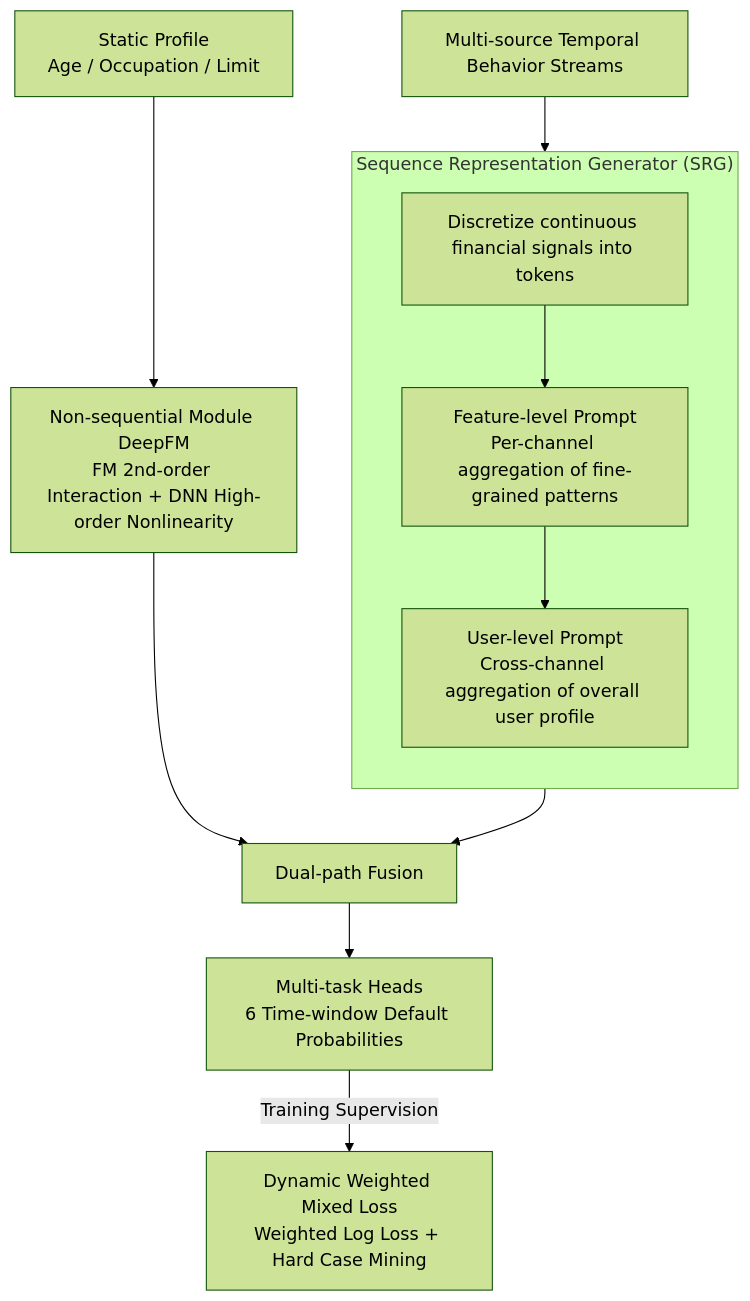
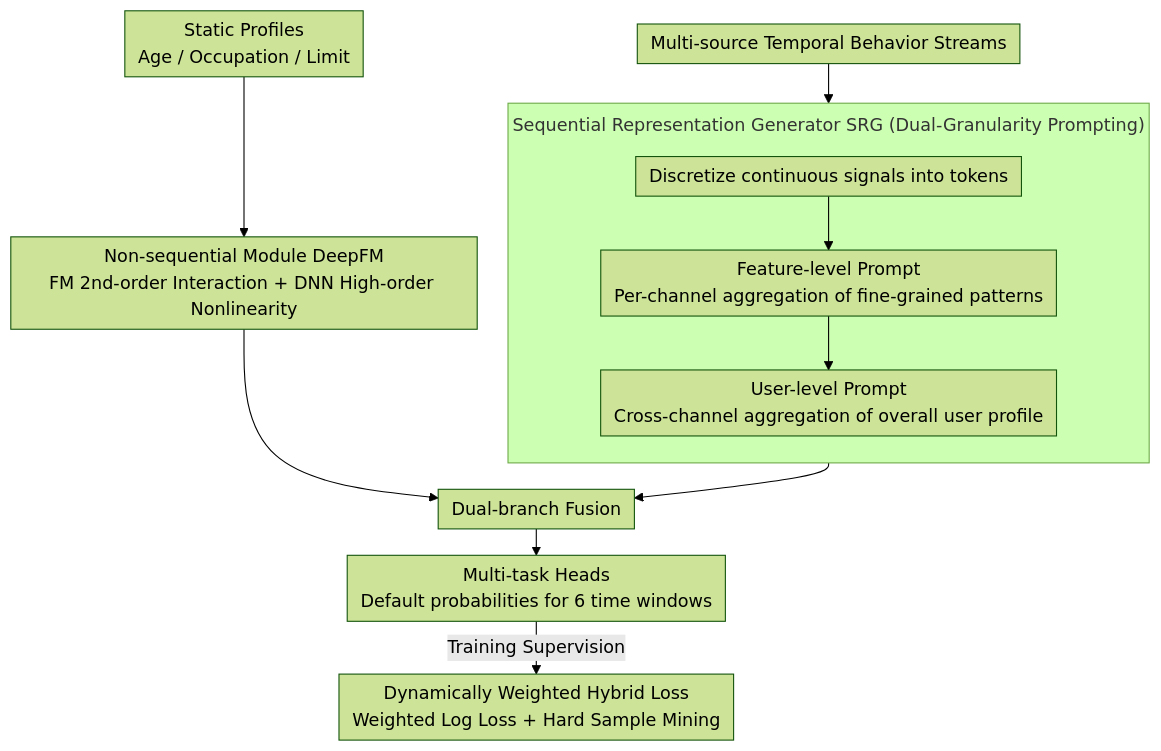
One commit to zhaoyang97/Paper-Notes-en changed the diagram in docs/ACL2026/time_series/a_unified_framework_for_modeling_heterogeneous_financial_data_via_dual-granulari.md. Above: the diagram before and after it, drawn with Mermaid (forest theme). The commit also changed other lines of this file and 5084 other files, not shown here.

````diff
--- a/docs/ACL2026/time_series/a_unified_framework_for_modeling_heterogeneous_financial_data_via_dual-granulari.md
+++ b/docs/ACL2026/time_series/a_unified_framework_for_modeling_heterogeneous_financial_data_via_dual-granulari.md
@@ -44,14 +44,15 @@
 ```mermaid
-graph TD
-    A["Static Profile<br/>Age / Occupation / Limit"] --> B["Non-sequential Module DeepFM<br/>FM 2nd-order Interaction + DNN High-order Nonlinearity"]
+%%{init: {'flowchart': {'rankSpacing': 24, 'nodeSpacing': 28, 'padding': 6, 'wrappingWidth': 400, 'subGraphTitleMargin': {'top': 8, 'bottom': 16}}}}%%
+flowchart TD
+    A["Static Profiles<br/>Age / Occupation / Limit"] --> B["Non-sequential Module DeepFM<br/>FM 2nd-order Interaction + DNN High-order Nonlinearity"]
     C["Multi-source Temporal Behavior Streams"] --> D
-    subgraph SRG["Sequence Representation Generator (SRG)"]
+    subgraph SRG["Sequential Representation Generator SRG (Dual-Granularity Prompting)"]
         direction TB
-        D["Discretize continuous financial signals into tokens"] --> E["Feature-level Prompt<br/>Per-channel aggregation of fine-grained patterns"]
+        D["Discretize continuous signals into tokens"] --> E["Feature-level Prompt<br/>Per-channel aggregation of fine-grained patterns"]
         E --> F["User-level Prompt<br/>Cross-channel aggregation of overall user profile"]
     end
-    B --> G["Dual-path Fusion"]
+    B --> G["Dual-branch Fusion"]
     F --> G
-    G --> H["Multi-task Heads<br/>6 Time-window Default Probabilities"]
-    H -->|Training Supervision| I["Dynamic Weighted Mixed Loss<br/>Weighted Log Loss + Hard Case Mining"]
+    G --> H["Multi-task Heads<br/>Default probabilities for 6 time windows"]
+    H -->|Training Supervision| I["Dynamically Weighted Hybrid Loss<br/>Weighted Log Loss + Hard Sample Mining"]
 ```
````
